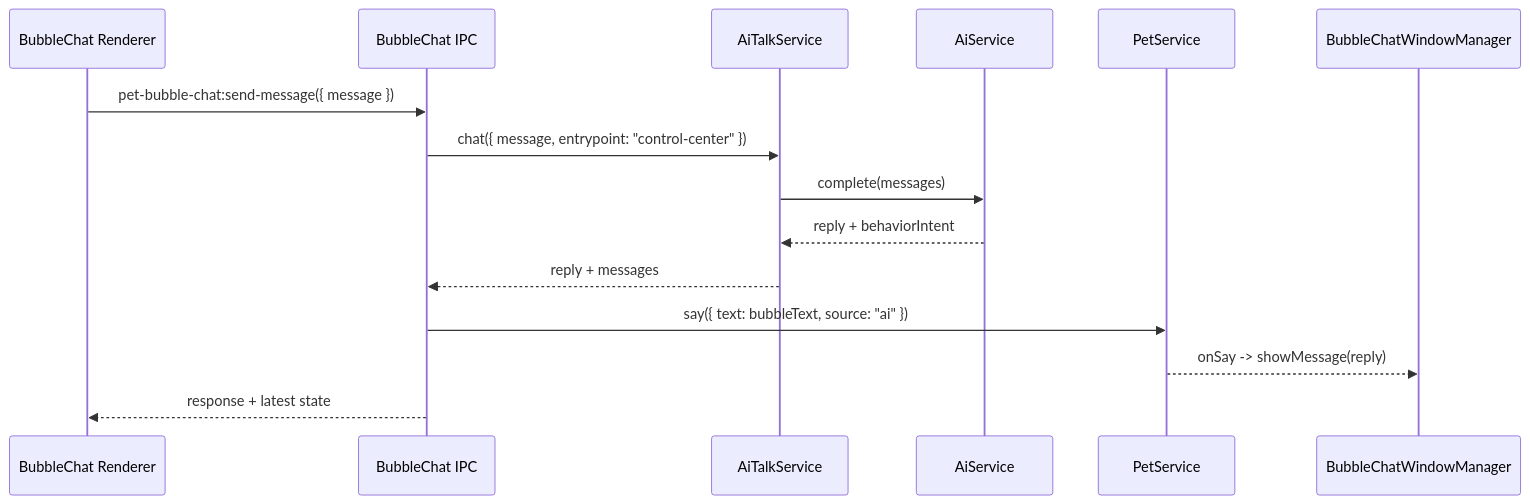
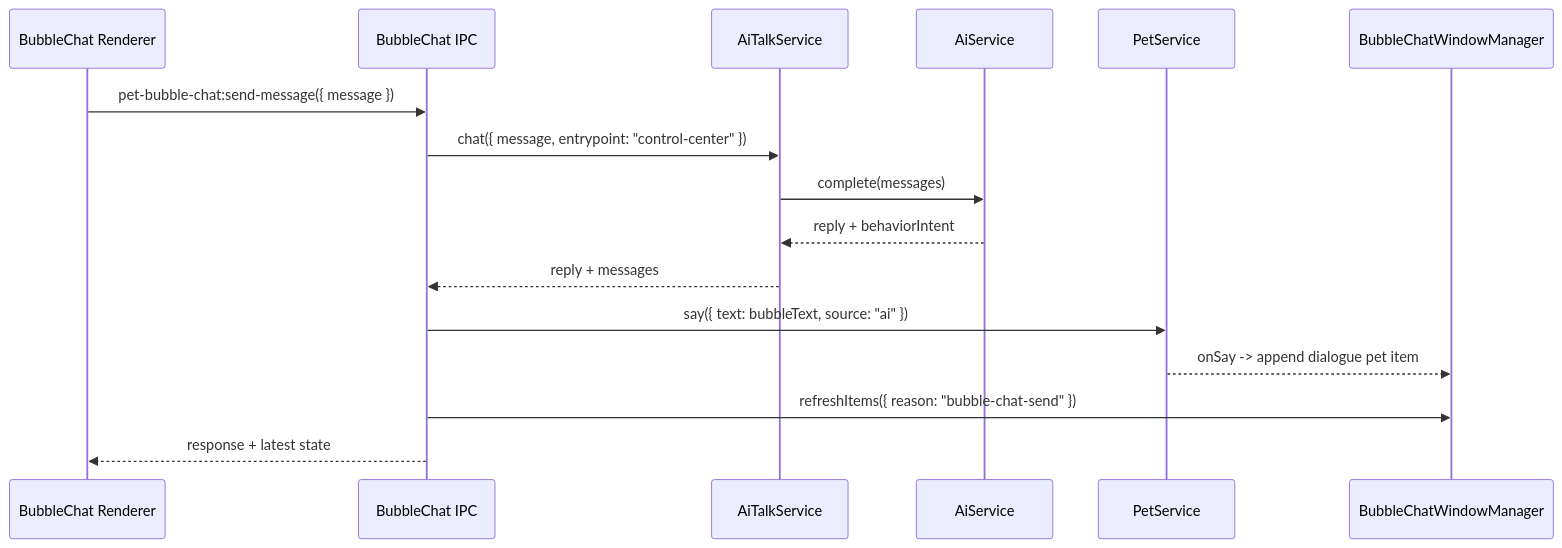
The second of 3 diagrams in docs/superpowers/specs/2026-06-24-pet-bubble-chat-popup-design.md (dengyie/openpet), drawn with Mermaid before and after one commit. The commit also changed other lines of this file and 4 other files, not shown here.

Commit message:
feat(phase-1): add bubble chat item model

````diff
--- a/docs/superpowers/specs/2026-06-24-pet-bubble-chat-popup-design.md
+++ b/docs/superpowers/specs/2026-06-24-pet-bubble-chat-popup-design.md
@@ -523,18 +654,19 @@
 ```mermaid
 sequenceDiagram
   participant UI as BubbleChat Renderer
   participant Main as BubbleChat IPC
   participant Talk as AiTalkService
   participant Provider as AiService
   participant PetService
   participant Bubble as BubbleChatWindowManager
 
   UI->>Main: pet-bubble-chat:send-message({ message })
   Main->>Talk: chat({ message, entrypoint: "control-center" })
   Talk->>Provider: complete(messages)
   Provider-->>Talk: reply + behaviorIntent
   Talk-->>Main: reply + messages
   Main->>PetService: say({ text: bubbleText, source: "ai" })
-  PetService-->>Bubble: onSay -> showMessage(reply)
+  PetService-->>Bubble: onSay -> append dialogue pet item
+  Main->>Bubble: refreshItems({ reason: "bubble-chat-send" })
   Main-->>UI: response + latest state
 ```
````
